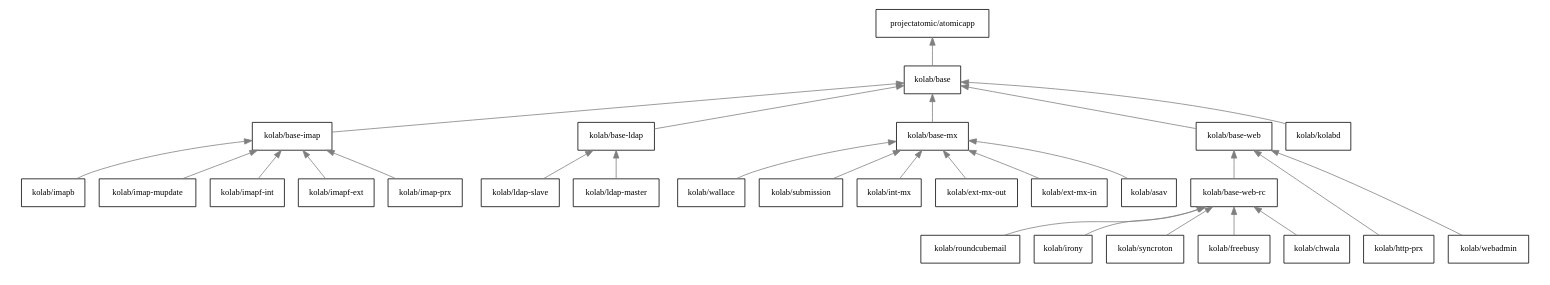
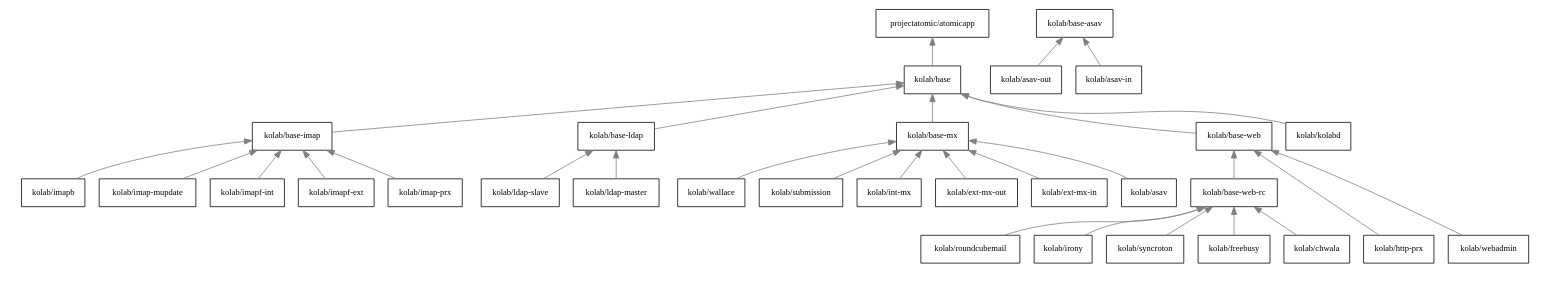
One commit to kanarip/kolab-atomicapp changed the first of 2 diagrams in docs/index.rst. Above: the diagram before and after it, drawn with Graphviz. The commit also changed other lines of this file and 11 other files, not shown here.

```diff
--- a/docs/index.rst
+++ b/docs/index.rst
@@ -20,11 +20,19 @@
             "projectatomic/atomicapp";
 
             "kolab/base";
+            "kolab/base-asav";
             "kolab/base-imap";
             "kolab/base-ldap";
             "kolab/base-mx";
             "kolab/base-web";
             "kolab/base-web-rc";
+
+            subgraph cluster_asav {
+                    color = white;
+
+                    "kolab/asav-in";
+                    "kolab/asav-out";
+                }
 
             subgraph cluster_imap {
                     color = white;
@@ -74,6 +82,10 @@
             "kolab/base" -> "kolab/base-web" [dir=back];
             "kolab/base" -> "kolab/kolabd" [dir=back];
 
+            "kolab/base-asav" ->
+                    "kolab/asav-in",
+                    "kolab/asav-out" [dir=back];
+
             "kolab/base-imap" ->
                     "kolab/imap-prx",
                     "kolab/imapf-int",
```
